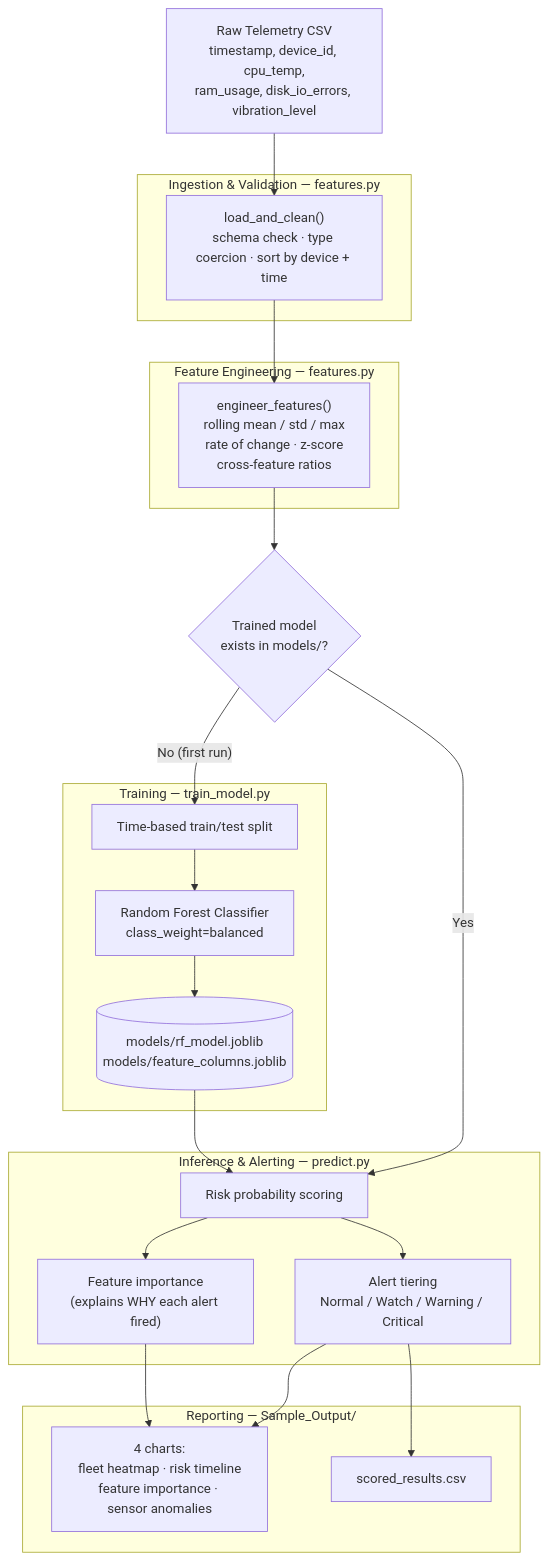
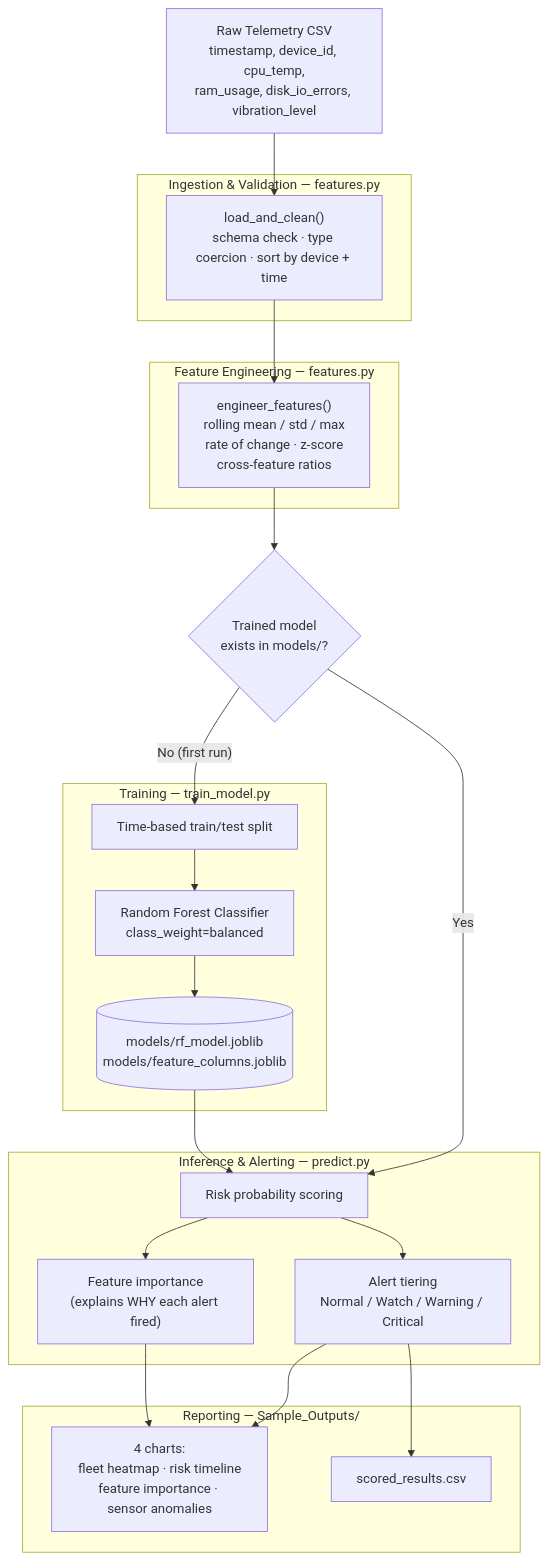
The diagram in README.md (Anishsingh14/AnomalyX), drawn with Mermaid before and after one commit. The commit also changed other lines of this file, not shown here.

````diff
--- a/README.md
+++ b/README.md
@@ -33,40 +33,40 @@
 ```mermaid
 flowchart TD
     A["Raw Telemetry CSV\ntimestamp, device_id, cpu_temp,\nram_usage, disk_io_errors, vibration_level"] --> B
 
     subgraph INGEST["Ingestion & Validation — features.py"]
         B["load_and_clean()\nschema check · type coercion · sort by device + time"]
     end
 
     B --> C
 
     subgraph FEATURE["Feature Engineering — features.py"]
         C["engineer_features()\nrolling mean / std / max\nrate of change · z-score\ncross-feature ratios"]
     end
 
     C --> D{"Trained model\nexists in models/?"}
     D -- "No (first run)" --> E
     D -- "Yes" --> G
 
     subgraph TRAIN["Training — train_model.py"]
         E["Time-based train/test split"] --> F["Random Forest Classifier\nclass_weight=balanced"]
         F --> M[("models/rf_model.joblib\nmodels/feature_columns.joblib")]
     end
 
     M --> G
 
     subgraph INFER["Inference & Alerting — predict.py"]
         G["Risk probability scoring"] --> H["Alert tiering\nNormal / Watch / Warning / Critical"]
         G --> IMP["Feature importance\n(explains WHY each alert fired)"]
     end
 
     H --> O
     IMP --> O
 
-    subgraph REPORT["Reporting — Sample_Output/"]
+    subgraph REPORT["Reporting — Sample_Outputs/"]
         O["4 charts:\nfleet heatmap · risk timeline\nfeature importance · sensor anomalies"]
         O2["scored_results.csv"]
     end
 
     H --> O2
 ```
````
